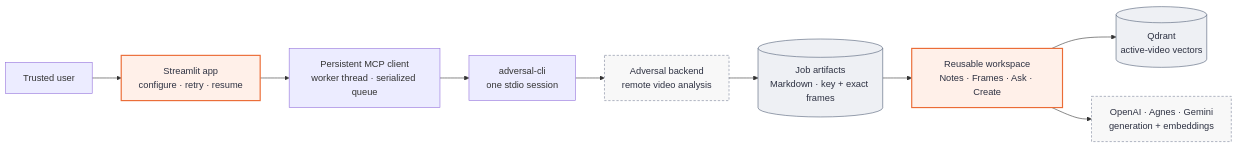
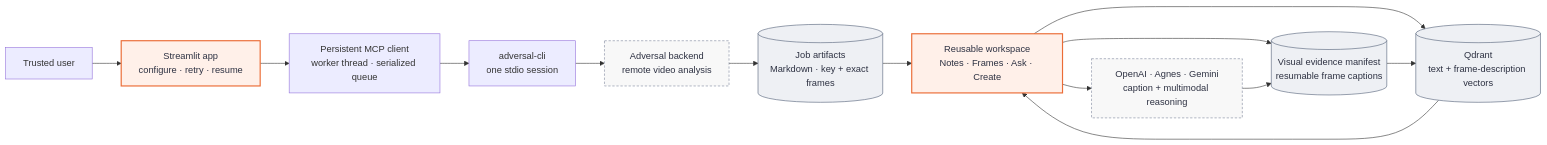
Before and after one commit to pypi-ahmad/video-summarizer: the diagram in docs/diagrams/system-architecture.mmd, drawn with Mermaid. The commit also changed 20 other files, not shown here.

Commit message:
docs: document multimodal video RAG

```diff
--- a/docs/diagrams/system-architecture.mmd
+++ b/docs/diagrams/system-architecture.mmd
@@ -1,16 +1,20 @@
 flowchart LR
     user["Trusted user"] --> app["Streamlit app<br/>configure · retry · resume"]
     app --> client["Persistent MCP client<br/>worker thread · serialized queue"]
     client --> cli["adversal-cli<br/>one stdio session"]
     cli --> adversal["Adversal backend<br/>remote video analysis"]
     adversal --> files[("Job artifacts<br/>Markdown · key + exact frames")]
     files --> workspace["Reusable workspace<br/>Notes · Frames · Ask · Create"]
-    workspace --> qdrant[("Qdrant<br/>active-video vectors")]
-    workspace --> providers["OpenAI · Agnes · Gemini<br/>generation + embeddings"]
+    workspace --> evidence[("Visual evidence manifest<br/>resumable frame captions")]
+    workspace --> qdrant[("Qdrant<br/>text + frame-description vectors")]
+    workspace --> providers["OpenAI · Agnes · Gemini<br/>caption + multimodal reasoning"]
+    evidence --> qdrant
+    qdrant --> workspace
+    providers --> evidence
 
     classDef focal fill:#fff0e9,stroke:#eb6c36,color:#2d3142,stroke-width:2px
     classDef store fill:#eef0f4,stroke:#4f5d75,color:#2d3142
     classDef external fill:#f8f8f8,stroke:#7a8399,color:#2d3142,stroke-dasharray:4 3
     class app,workspace focal
-    class files,qdrant store
+    class files,evidence,qdrant store
     class adversal,providers external
```
